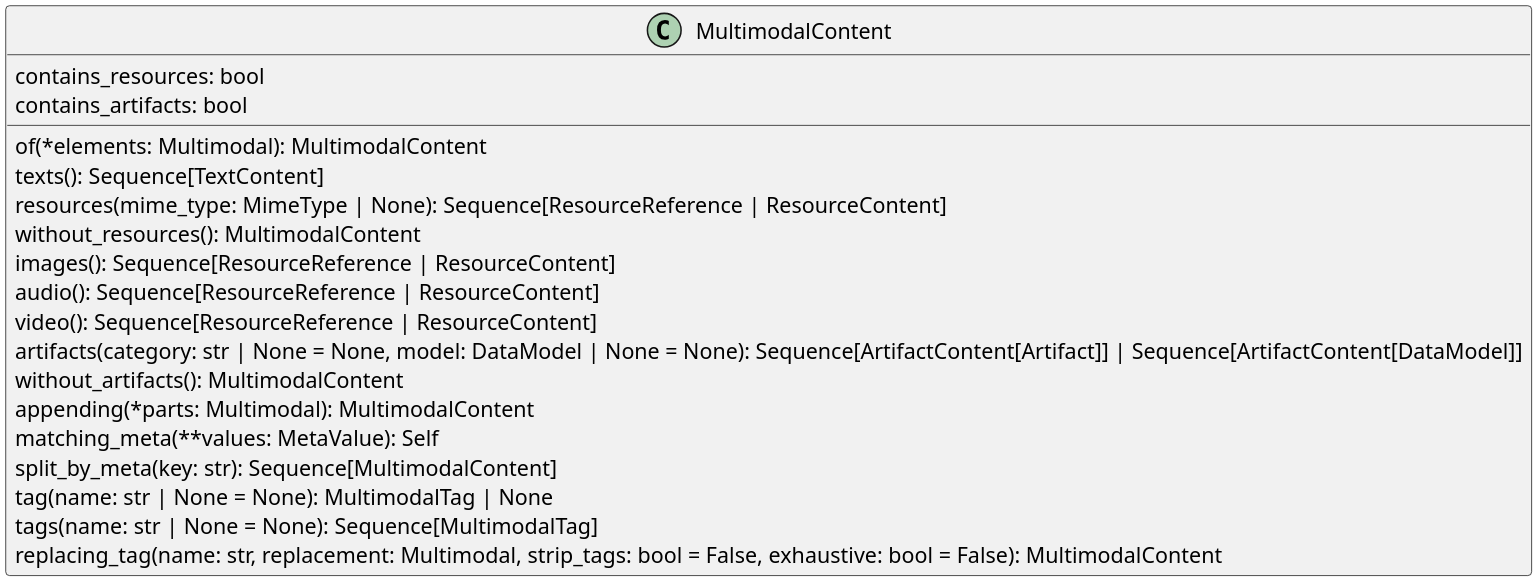
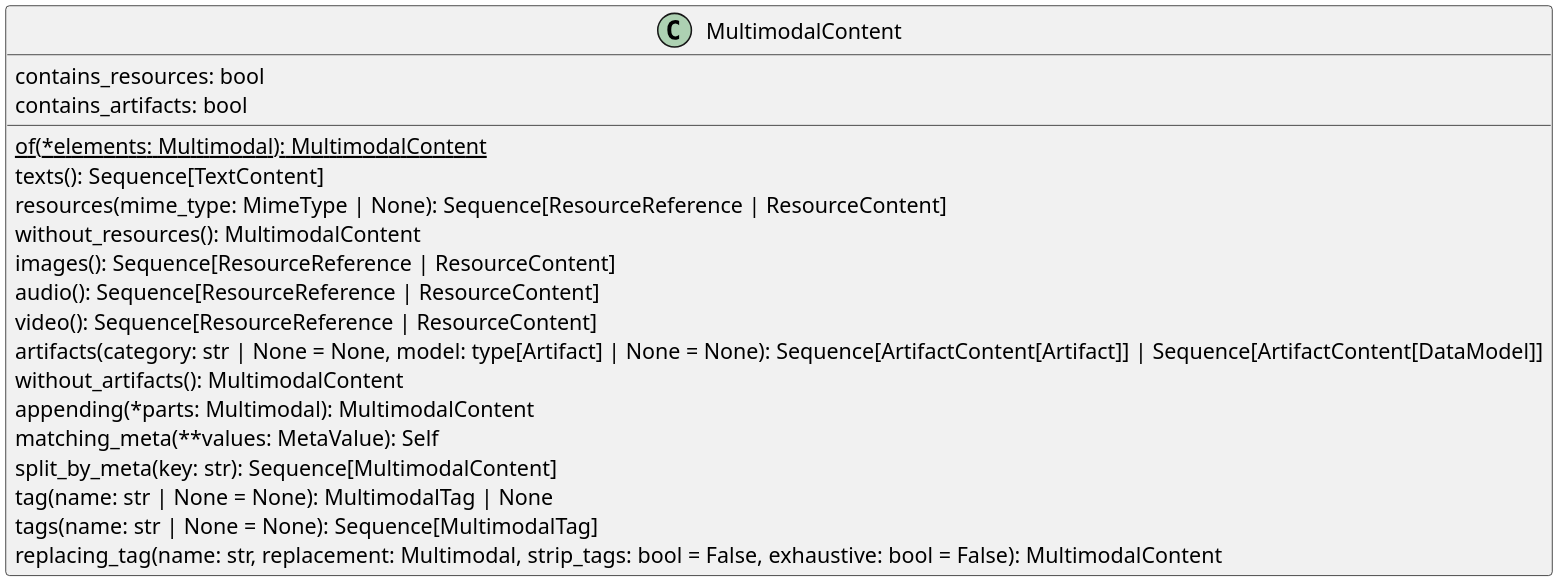
The diagram in docs/diagrams/src/multimodal_content.puml (miquido/draive), drawn with PlantUML before and after one commit.

Commit message:
static method and parameter change

```diff
--- a/docs/diagrams/src/multimodal_content.puml
+++ b/docs/diagrams/src/multimodal_content.puml
@@ -1,24 +1,24 @@
 @startuml MultimodalContent
 skinparam dpi 300
 
 class MultimodalContent {
     contains_resources: bool
     contains_artifacts: bool
 
-    of(*elements: Multimodal): MultimodalContent
+    {static}of(*elements: Multimodal): MultimodalContent
     texts(): Sequence[TextContent]
     resources(mime_type: MimeType | None): Sequence[ResourceReference | ResourceContent]
     without_resources(): MultimodalContent
     images(): Sequence[ResourceReference | ResourceContent]
     audio(): Sequence[ResourceReference | ResourceContent]
     video(): Sequence[ResourceReference | ResourceContent]
-    artifacts(category: str | None = None, model: DataModel | None = None): Sequence[ArtifactContent[Artifact]] | Sequence[ArtifactContent[DataModel]]
+    artifacts(category: str | None = None, model: type[Artifact] | None = None): Sequence[ArtifactContent[Artifact]] | Sequence[ArtifactContent[DataModel]]
     without_artifacts(): MultimodalContent
     appending(*parts: Multimodal): MultimodalContent
     matching_meta(**values: MetaValue): Self
     split_by_meta(key: str): Sequence[MultimodalContent]
     tag(name: str | None = None): MultimodalTag | None
     tags(name: str | None = None): Sequence[MultimodalTag]
     replacing_tag(name: str, replacement: Multimodal, strip_tags: bool = False, exhaustive: bool = False): MultimodalContent
 }
 @enduml
```
